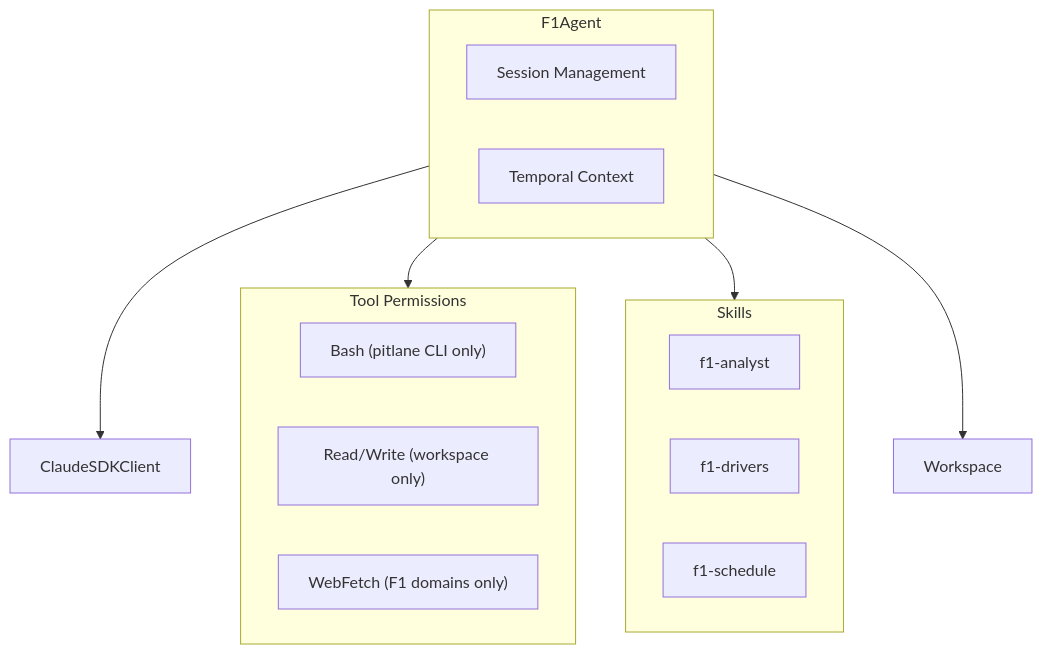
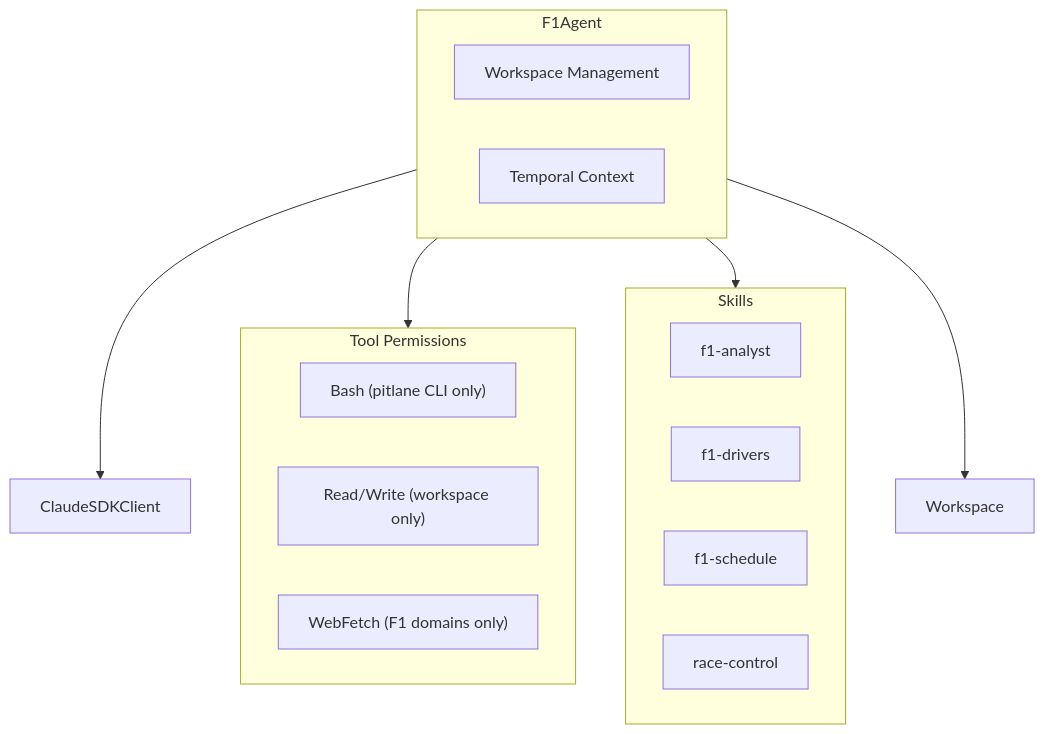
Before and after one commit to jshudzina/PitLane-AI: the diagram in docs/architecture/agent-system.md, drawn with Mermaid. The commit also changed other lines of this file and 6 other files, not shown here.

First line of the commit message:
docs: add race-control skill and clarify workspace vs session terminology (#86)

````diff
--- a/docs/architecture/agent-system.md
+++ b/docs/architecture/agent-system.md
@@ -9,24 +9,25 @@
 ```mermaid
 graph TB
     subgraph F1Agent["F1Agent"]
-        Session[Session Management]
+        WM[Workspace Management]
         TC[Temporal Context]
     end
 
     F1Agent --> SDK[ClaudeSDKClient]
     F1Agent --> Perms[Tool Permissions]
     F1Agent --> Skills[Skills System]
     F1Agent --> WS[Workspace]
 
     subgraph Perms[Tool Permissions]
         Bash["Bash (pitlane CLI only)"]
         RW["Read/Write (workspace only)"]
         Web["WebFetch (F1 domains only)"]
     end
 
     subgraph Skills[Skills]
         analyst[f1-analyst]
         drivers[f1-drivers]
         schedule[f1-schedule]
+        rc[race-control]
     end
 ```
````
